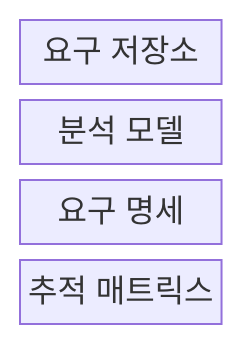
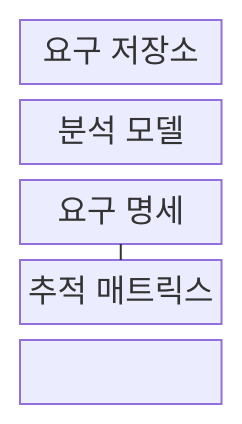
Before and after one commit to agnusdei1207/knowledge-base: the first of 2 diagrams in src/content/docs/notes/03-software/036_requirements_analysis.md, drawn with Mermaid. The commit also changed other lines of this file and 238 other files, not shown here.

````diff
--- a/src/content/docs/notes/03-software/036_requirements_analysis.md
+++ b/src/content/docs/notes/03-software/036_requirements_analysis.md
@@ -63,8 +63,10 @@
 ```mermaid
-block
+block-beta
   columns 1
   R["요구 저장소"]
   M["분석 모델"]
   Q["요구 명세"]
   T["추적 매트릭스"]
+  R --- M --- Q
+  Q --- T
 ```
````
